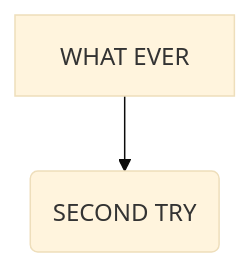
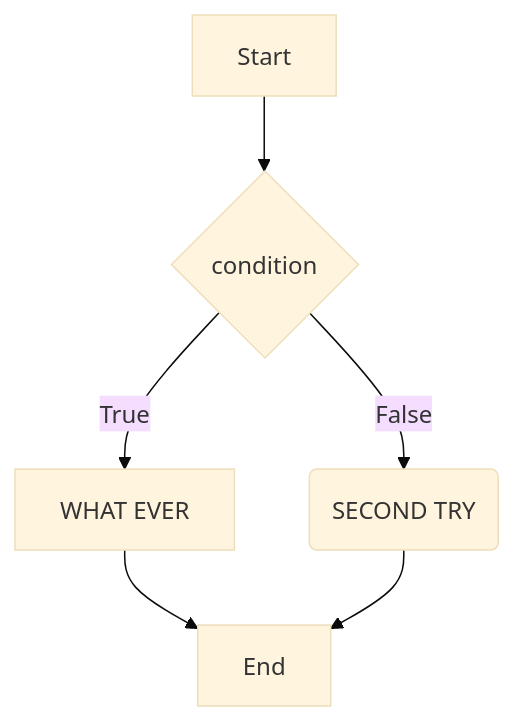
One commit to weip2008/chatpm changed the first of 2 diagrams in README.md. Above: the diagram before and after it, drawn with Mermaid (base theme). The commit also changed other lines of this file, not shown here.

Commit message:
usefule mermaid diagram

````diff
--- a/README.md
+++ b/README.md
@@ -27,9 +27,13 @@
 ```mermaid
 
 graph TB
 
 A[WHAT EVER]
 B(SECOND TRY)
-A-->B
-
+C{condition}
+Start-->C
+C--True-->A
+C--False-->B
+A-->End
+B-->End
 ```
````
